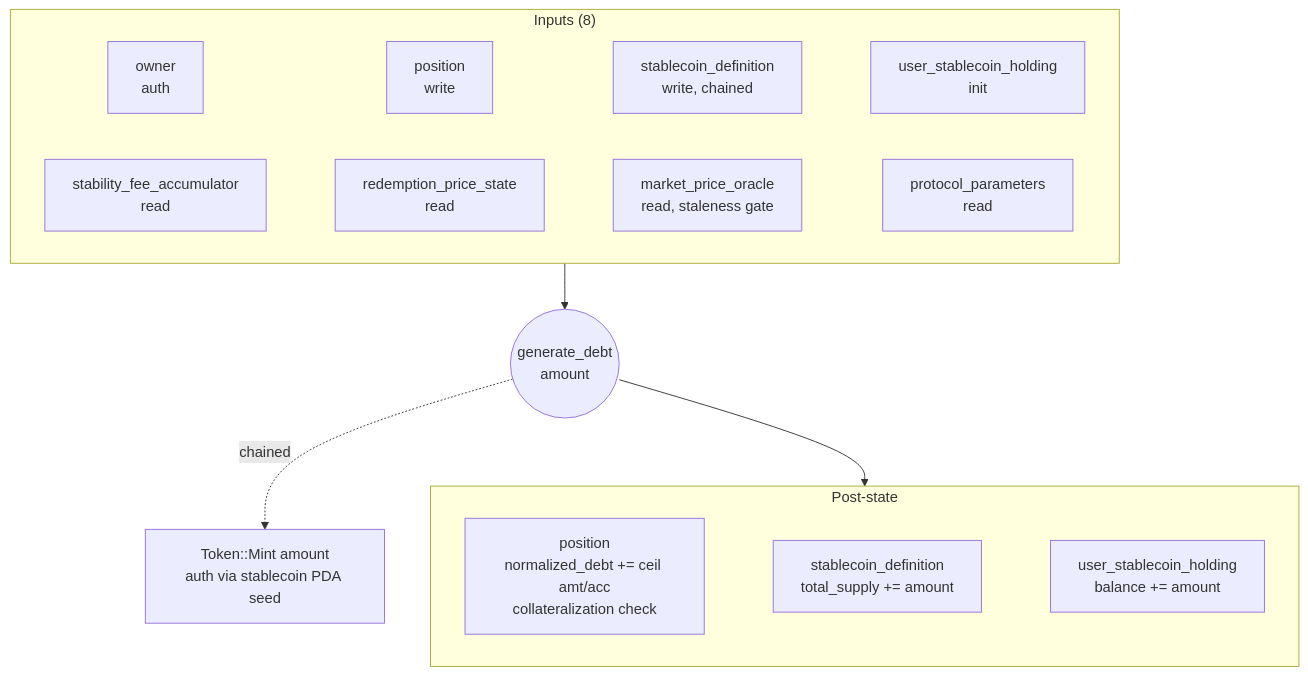
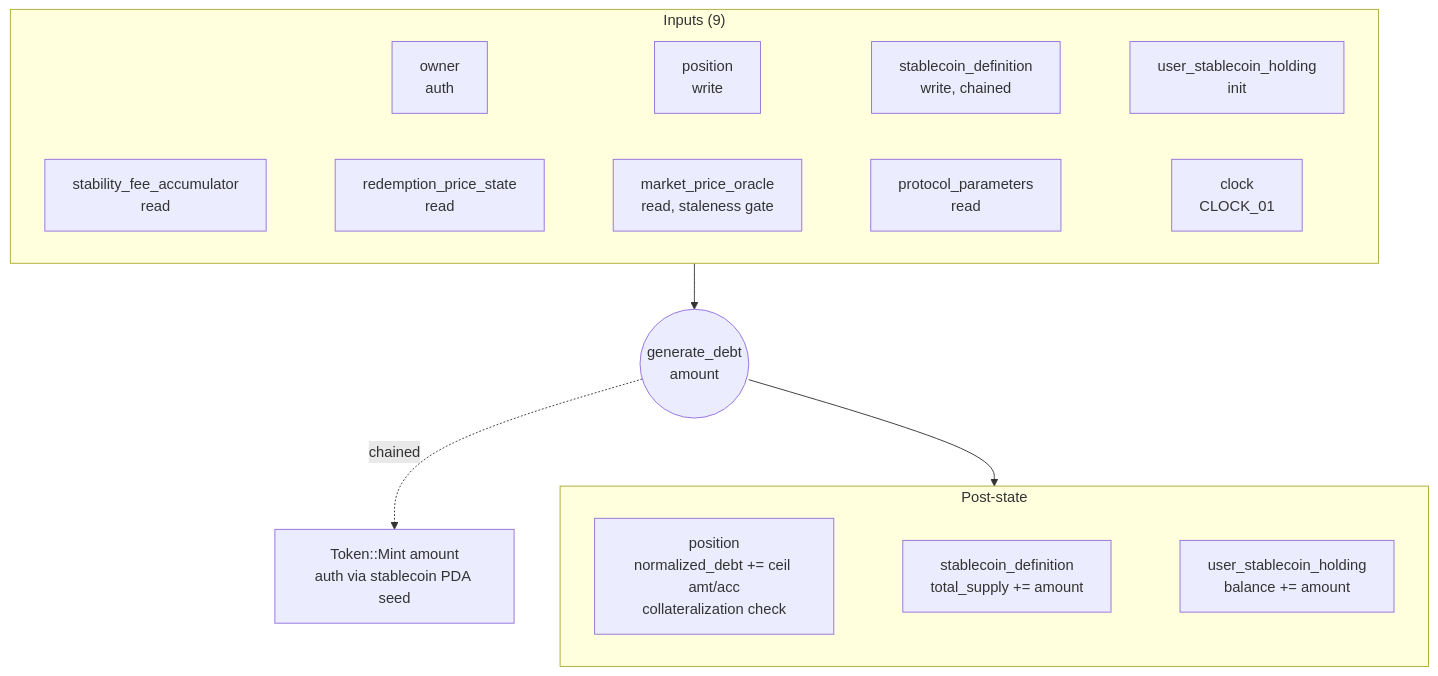
The tenth of 14 diagrams in docs/stablecoin/README.md (logos-blockchain/lez-programs), drawn with Mermaid before and after one commit. The commit also changed other lines of this file, not shown here.

First line of the commit message:
docs(stablecoin): document the CLOCK_01 clock account

````diff
--- a/docs/stablecoin/README.md
+++ b/docs/stablecoin/README.md
@@ -965,13 +1002,13 @@
 ```mermaid
 flowchart TD
-    subgraph In["Inputs (8)"]
+    subgraph In["Inputs (9)"]
         a1[owner<br/>auth] ~~~ a2[position<br/>write] ~~~ a3[stablecoin_definition<br/>write, chained] ~~~ a4[user_stablecoin_holding<br/>init]
-        a5[stability_fee_accumulator<br/>read] ~~~ a6[redemption_price_state<br/>read] ~~~ a7[market_price_oracle<br/>read, staleness gate] ~~~ a8[protocol_parameters<br/>read]
+        a5[stability_fee_accumulator<br/>read] ~~~ a6[redemption_price_state<br/>read] ~~~ a7[market_price_oracle<br/>read, staleness gate] ~~~ a8[protocol_parameters<br/>read] ~~~ a9[clock<br/>CLOCK_01]
     end
     subgraph Post["Post-state"]
         p1[position<br/>normalized_debt += ceil amt/acc<br/>collateralization check] ~~~ p2[stablecoin_definition<br/>total_supply += amount] ~~~ p3[user_stablecoin_holding<br/>balance += amount]
     end
     In --> Ins((generate_debt<br/>amount))
     Ins --> Post
     Ins -.chained.-> C1[Token::Mint amount<br/>auth via stablecoin PDA seed]
 ```
````
